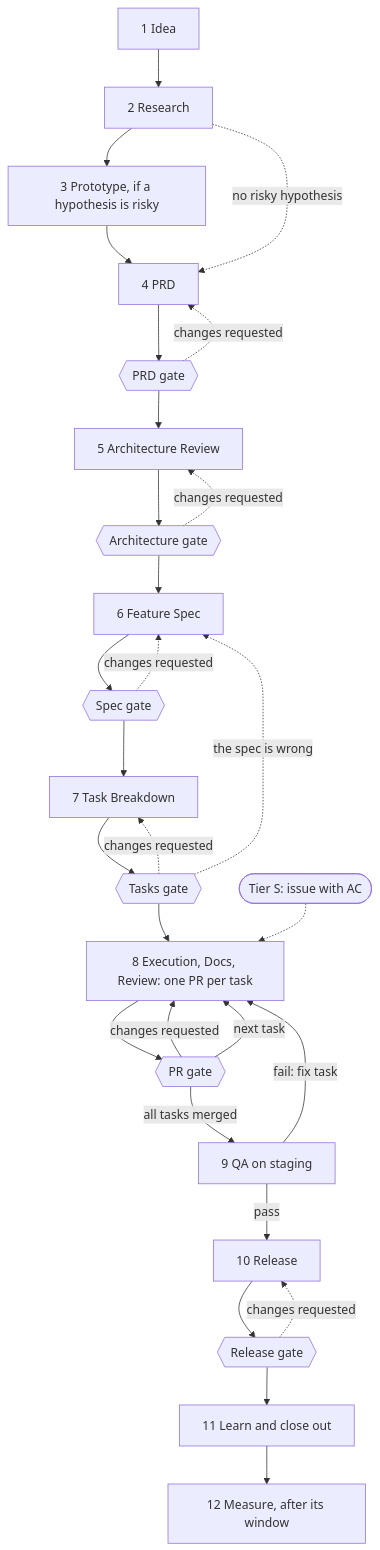
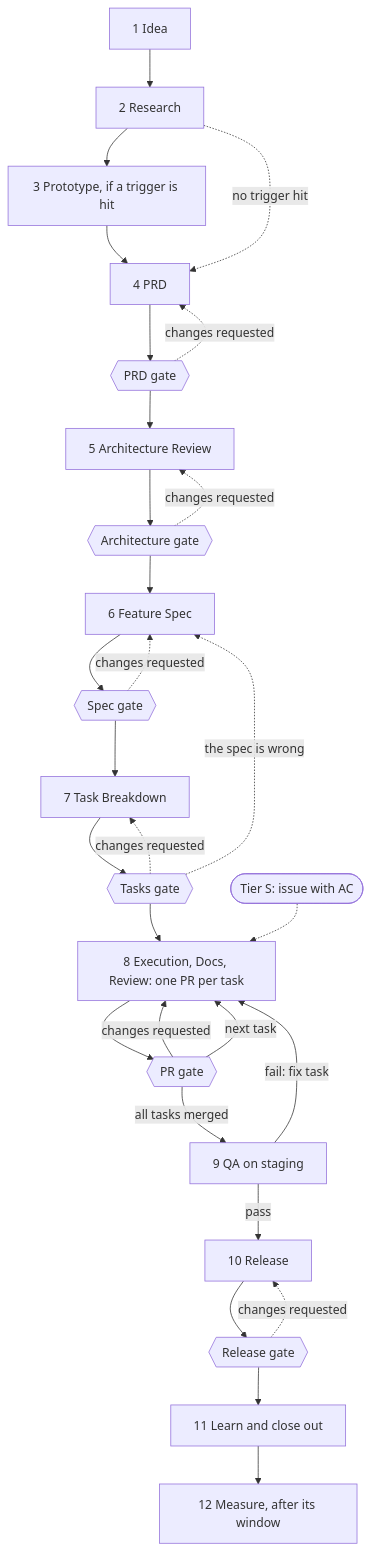
The diagram in docs/01-workflow/sdlc-pipeline.md (danaharlian/simlog-start), drawn with Mermaid before and after one commit. The commit also changed other lines of this file and 25 other files, not shown here.

````diff
--- a/docs/01-workflow/sdlc-pipeline.md
+++ b/docs/01-workflow/sdlc-pipeline.md
@@ -40,31 +40,31 @@
 ```mermaid
 flowchart TD
   I1["1 Idea"] --> R2["2 Research"]
-  R2 --> X3["3 Prototype, if a hypothesis is risky"]
+  R2 --> X3["3 Prototype, if a trigger is hit"]
   X3 --> P4["4 PRD"]
-  R2 -. "no risky hypothesis" .-> P4
+  R2 -. "no trigger hit" .-> P4
   P4 --> G1{{"PRD gate"}}
   G1 --> A5["5 Architecture Review"]
   A5 --> G2{{"Architecture gate"}}
   G2 --> S6["6 Feature Spec"]
   S6 --> G3{{"Spec gate"}}
   G3 --> T7["7 Task Breakdown"]
   T7 --> G4{{"Tasks gate"}}
   G4 --> B8["8 Execution, Docs, Review: one PR per task"]
   B8 --> G5{{"PR gate"}}
   G5 -- "changes requested" --> B8
   G5 -- "next task" --> B8
   G5 -- "all tasks merged" --> Q9["9 QA on staging"]
   Q9 -- "pass" --> R10["10 Release"]
   Q9 -- "fail: fix task" --> B8
   R10 --> G6{{"Release gate"}}
   G6 --> L11["11 Learn and close out"]
   L11 --> M12["12 Measure, after its window"]
   G1 -. "changes requested" .-> P4
   G2 -. "changes requested" .-> A5
   G3 -. "changes requested" .-> S6
   G4 -. "changes requested" .-> T7
   G4 -. "the spec is wrong" .-> S6
   G6 -. "changes requested" .-> R10
   IS(["Tier S: issue with AC"]) -.-> B8
 ```
````
